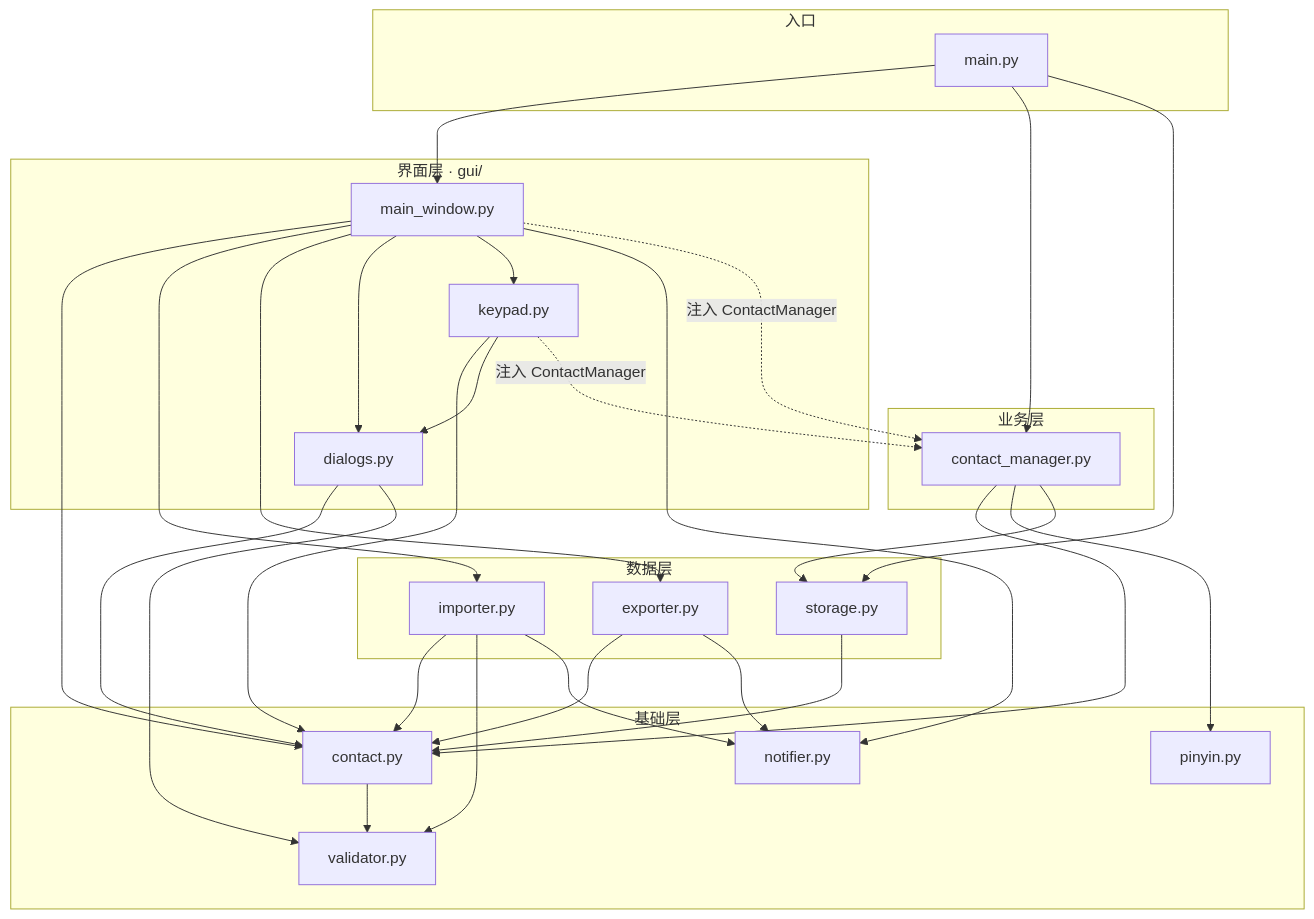
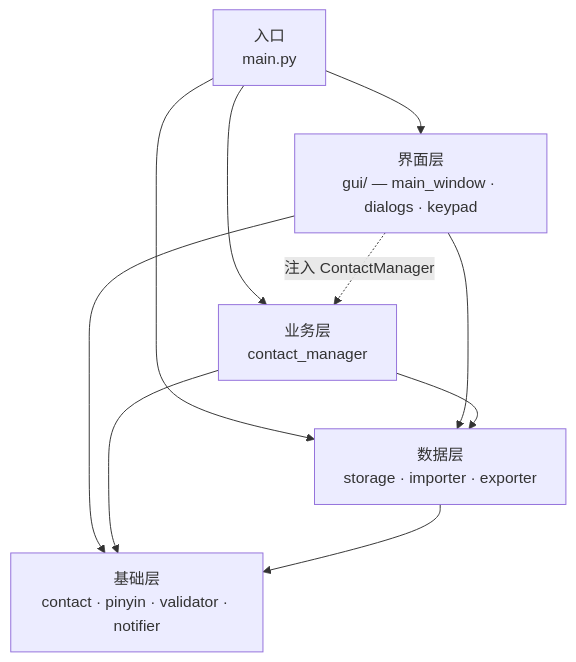
One commit to scientificmaniac/EasyLink changed the second of 2 diagrams in README.md. Above: the diagram before and after it, drawn with Mermaid. The commit also changed other lines of this file and 1 other file, not shown here.

Commit message:
优化分层依赖图：改为层次级表达并实测渲染
- 原「分层与依赖方向」按文件逐条画边（21 条），在 Mermaid 默认布局下交叉
  严重、难以阅读；改为按层表达（5 个节点、9 条边），节点内列出该层模块
- 补充「基础层不依赖任何上层」的约束说明
- 用 Chrome headless + mermaid 11 实际渲染验证：两张图语法正确、布局清晰，
  项目结构图可完整显示全部 16 个文件
- .gitignore 忽略本地渲染预览目录

````diff
--- a/README.md
+++ b/README.md
@@ -159,64 +159,21 @@
 ```mermaid
 flowchart TD
-    subgraph L0["入口"]
-        MAIN["main.py"]
-    end
+    L0["入口<br/>main.py"]
+    L1["界面层<br/>gui/ — main_window · dialogs · keypad"]
+    L2["业务层<br/>contact_manager"]
+    L3["数据层<br/>storage · importer · exporter"]
+    L4["基础层<br/>contact · pinyin · validator · notifier"]
 
-    subgraph L1["界面层 · gui/"]
-        MW["main_window.py"]
-        DLG["dialogs.py"]
-        KP["keypad.py"]
-    end
+    L0 --> L1
+    L0 --> L2
+    L0 --> L3
 
-    subgraph L2["业务层"]
-        CM["contact_manager.py"]
-    end
+    L1 -.->|注入 ContactManager| L2
+    L1 --> L3
+    L1 --> L4
 
-    subgraph L3["数据层"]
-        ST["storage.py"]
-        IMP["importer.py"]
-        EXP["exporter.py"]
-    end
+    L2 --> L3
+    L2 --> L4
 
-    subgraph L4["基础层"]
-        CT["contact.py"]
-        PY["pinyin.py"]
-        VD["validator.py"]
-        NT["notifier.py"]
-    end
-
-    MAIN --> MW
-    MAIN --> CM
-    MAIN --> ST
-
-    MW --> CT
-    MW --> IMP
-    MW --> EXP
-    MW --> DLG
-    MW --> KP
-    MW --> NT
-
-    DLG --> CT
-    DLG --> VD
-
-    KP --> CT
-    KP --> DLG
-
-    CM --> CT
-    CM --> PY
-    CM --> ST
-
-    ST --> CT
-
-    IMP --> CT
-    IMP --> VD
-    IMP --> NT
-
-    EXP --> CT
-    EXP --> NT
-
-    CT --> VD
-
-    MW -.->|注入 ContactManager| CM
-    KP -.->|注入 ContactManager| CM
+    L3 --> L4
 ```
````
